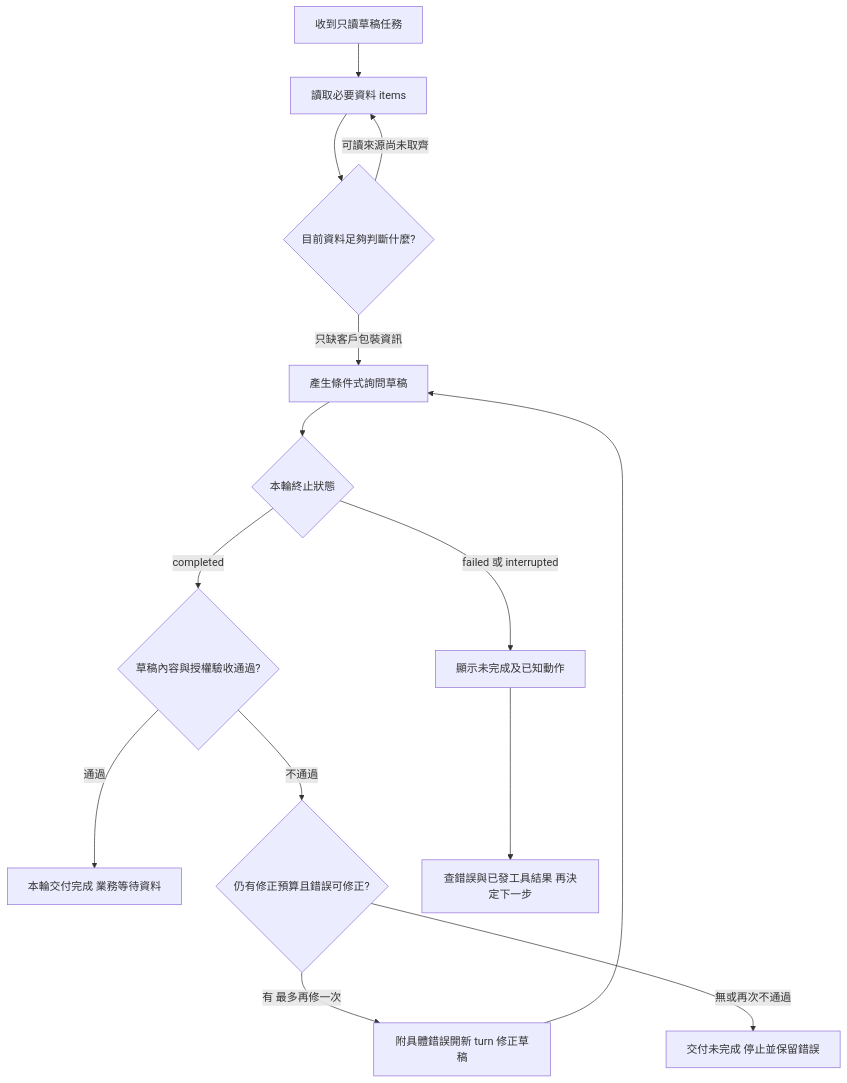
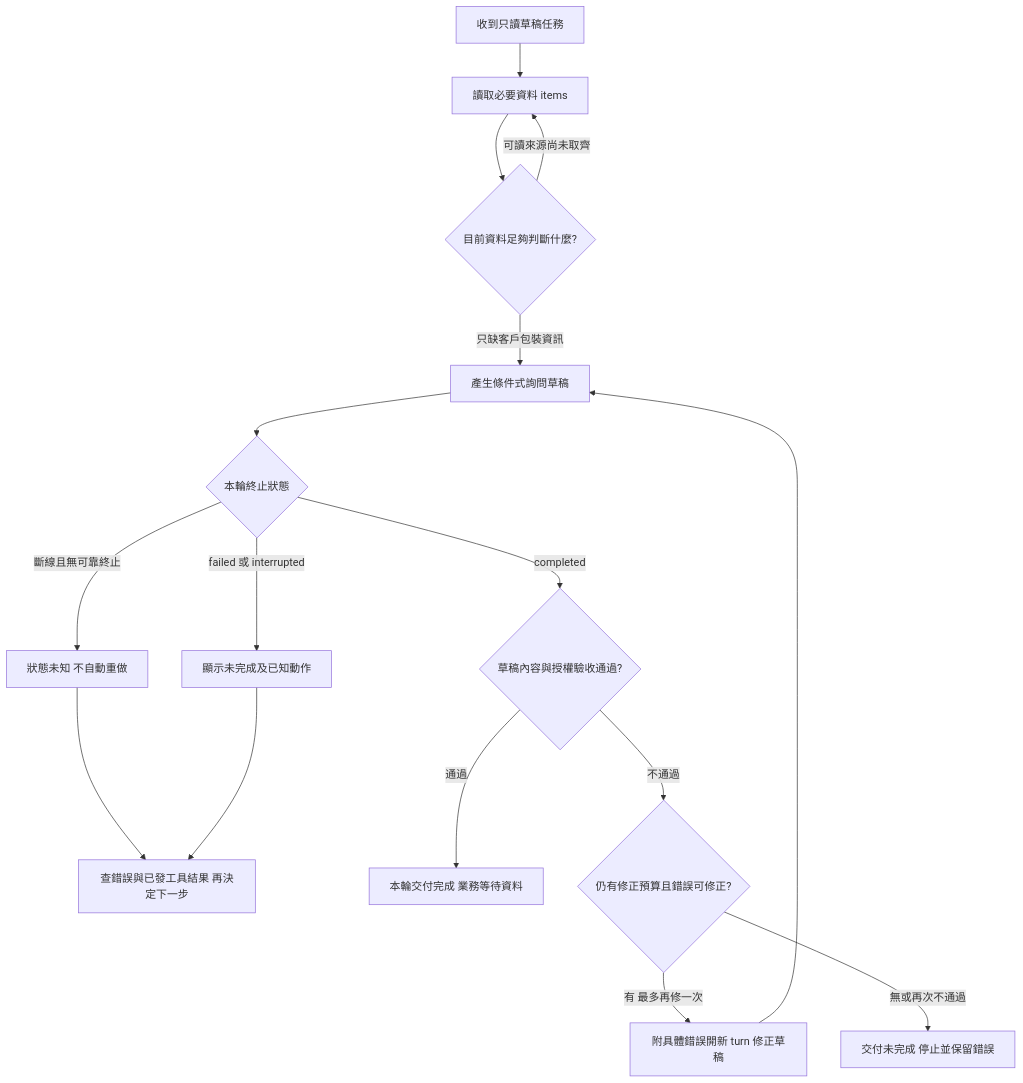
The diagram in chapters/codex-runtime/07-codex-runtime/lesson.md (easyvibecoding/Agent-Engineering), drawn with Mermaid before and after one commit. The commit also changed other lines of this file and 134 other files, not shown here.

````diff
--- a/chapters/codex-runtime/07-codex-runtime/lesson.md
+++ b/chapters/codex-runtime/07-codex-runtime/lesson.md
@@ -103,16 +162,18 @@
 ```mermaid
 flowchart TD
     A[收到只讀草稿任務] --> B[讀取必要資料 items]
     B --> C{目前資料足夠判斷什麼?}
     C -->|可讀來源尚未取齊| B
     C -->|只缺客戶包裝資訊| D[產生條件式詢問草稿]
     D --> E{本輪終止狀態}
     E -->|completed| F{草稿內容與授權驗收通過?}
     E -->|failed 或 interrupted| G[顯示未完成及已知動作]
+    E -->|斷線且無可靠終止| M[狀態未知 不自動重做]
+    M --> I
     F -->|通過| H[本輪交付完成 業務等待資料]
     F -->|不通過| J{仍有修正預算且錯誤可修正?}
     J -->|有 最多再修一次| K[附具體錯誤開新 turn 修正草稿]
     K --> D
     J -->|無或再次不通過| L[交付未完成 停止並保留錯誤]
     G --> I[查錯誤與已發工具結果 再決定下一步]
 ```
````
